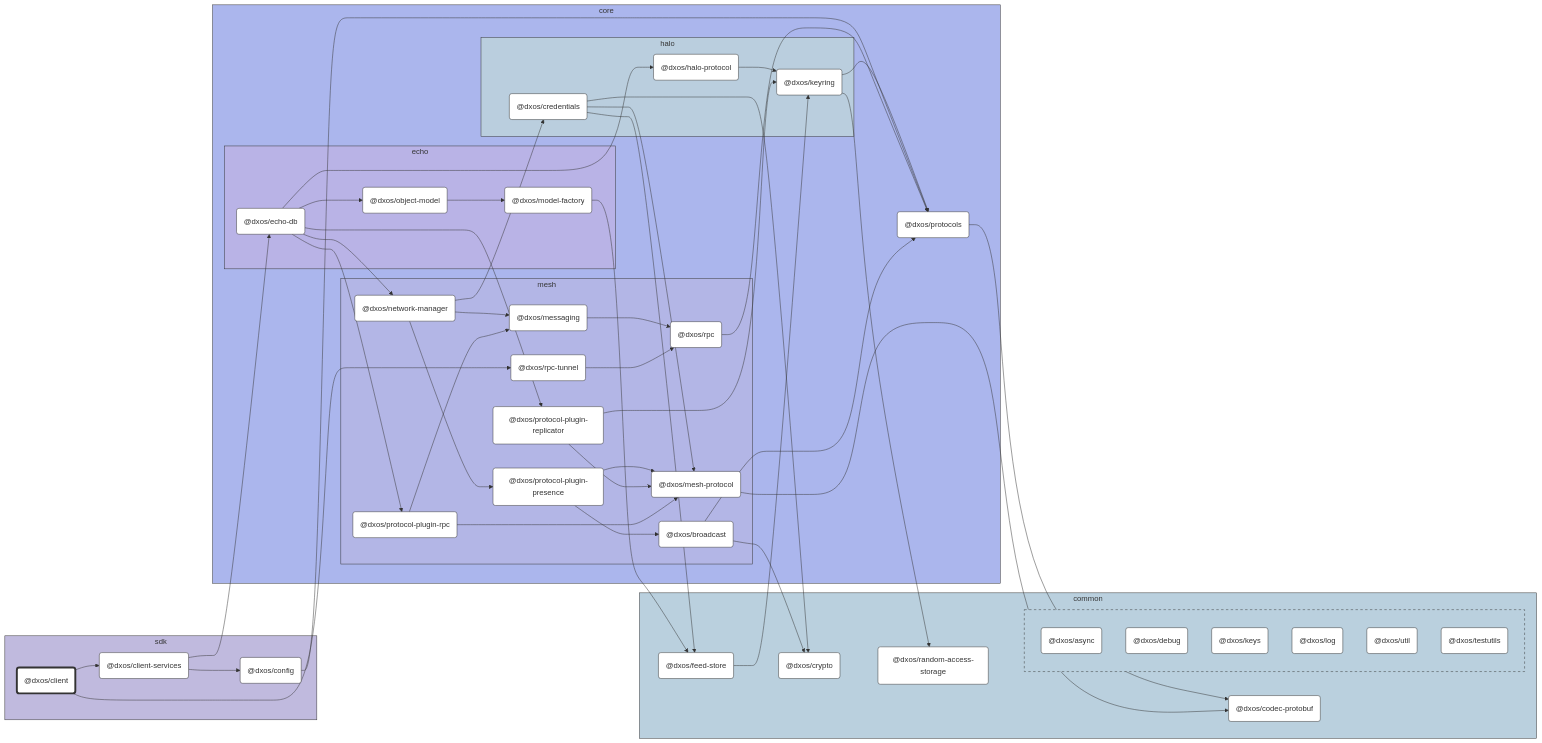
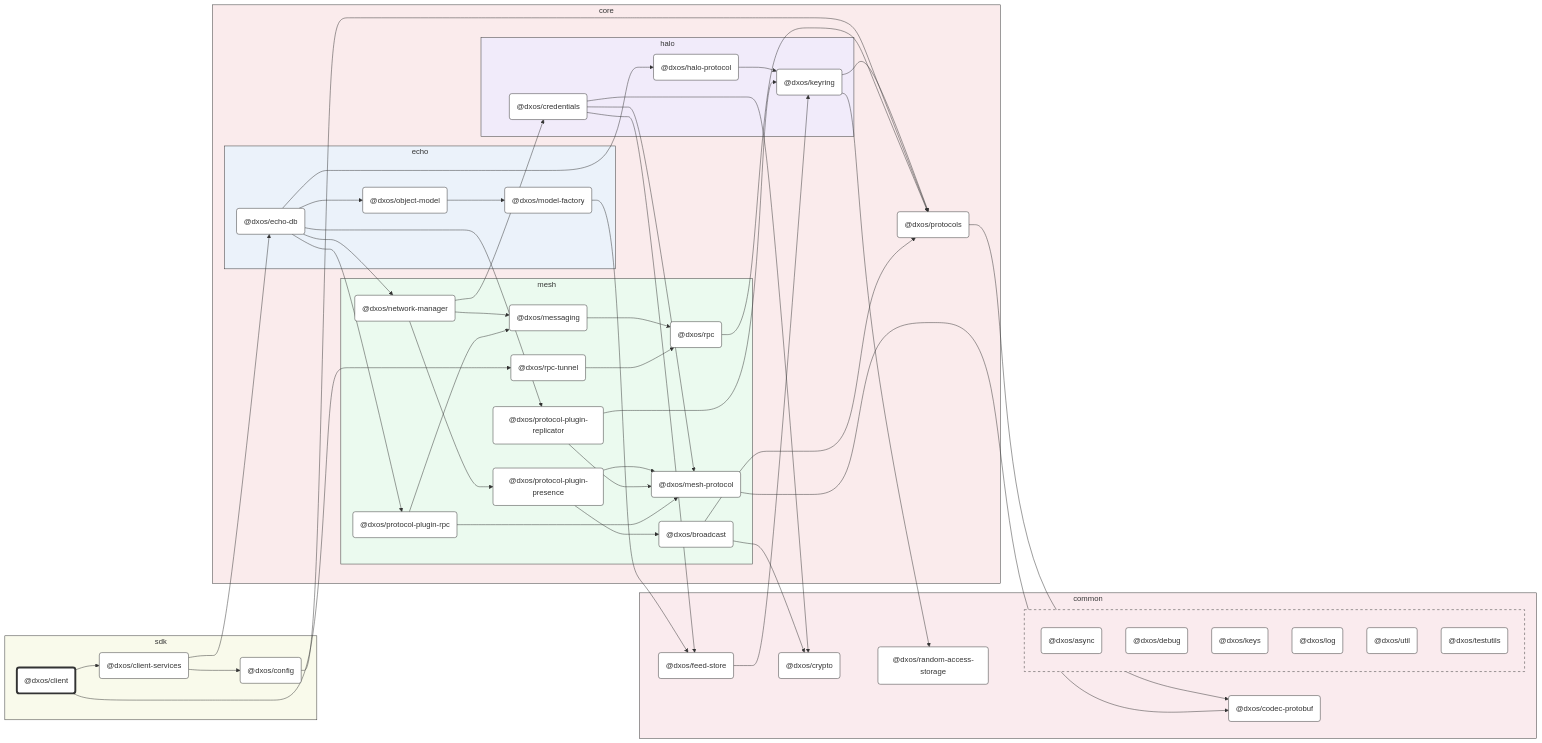
One commit to dxos/dxos changed the diagram in packages/sdk/client/docs/README.md. Above: the diagram before and after it, drawn with Mermaid. The commit also changed 1 other file, not shown here.

```diff
--- a/packages/sdk/client/docs/README.md
+++ b/packages/sdk/client/docs/README.md
@@ -16,7 +16,7 @@
 %% Nodes
 
 subgraph sdk [sdk]
-  style sdk fill:#c0bade,stroke:#333
+  style sdk fill:#f9faeb,stroke:#333
   dxos/client("@dxos/client"):::root
   click dxos/client "dxos/dxos/tree/main/packages/sdk/client/docs"
   dxos/client-services("@dxos/client-services"):::def
@@ -26,7 +26,7 @@
 end
 
 subgraph common [common]
-  style common fill:#bad0de,stroke:#333
+  style common fill:#faebee,stroke:#333
   dxos/codec-protobuf("@dxos/codec-protobuf"):::def
   click dxos/codec-protobuf "dxos/dxos/tree/main/packages/common/codec-protobuf/docs"
   dxos/crypto("@dxos/crypto"):::def
@@ -37,7 +37,7 @@
   click dxos/random-access-storage "dxos/dxos/tree/main/packages/common/random-access-storage/docs"
 
   subgraph _ [ ]
-    style _ fill:#bad0de,stroke:#333,stroke-dasharray:5 5
+    style _ fill:#faebee,stroke:#333,stroke-dasharray:5 5
     dxos/async("@dxos/async"):::def
     click dxos/async "dxos/dxos/tree/main/packages/common/async/docs"
     dxos/debug("@dxos/debug"):::def
@@ -54,12 +54,12 @@
 end
 
 subgraph core [core]
-  style core fill:#abb6ed,stroke:#333
+  style core fill:#faebec,stroke:#333
   dxos/protocols("@dxos/protocols"):::def
   click dxos/protocols "dxos/dxos/tree/main/packages/core/protocols/docs"
 
   subgraph halo [halo]
-    style halo fill:#bacede,stroke:#333
+    style halo fill:#f1ebfa,stroke:#333
     dxos/credentials("@dxos/credentials"):::def
     click dxos/credentials "dxos/dxos/tree/main/packages/core/halo/credentials/docs"
     dxos/keyring("@dxos/keyring"):::def
@@ -69,7 +69,7 @@
   end
 
   subgraph mesh [mesh]
-    style mesh fill:#b3b6e6,stroke:#333
+    style mesh fill:#ebfaef,stroke:#333
     dxos/mesh-protocol("@dxos/mesh-protocol"):::def
     click dxos/mesh-protocol "dxos/dxos/tree/main/packages/core/mesh/mesh-protocol/docs"
     dxos/messaging("@dxos/messaging"):::def
@@ -91,7 +91,7 @@
   end
 
   subgraph echo [echo]
-    style echo fill:#b9b3e6,stroke:#333
+    style echo fill:#ebf2fa,stroke:#333
     dxos/echo-db("@dxos/echo-db"):::def
     click dxos/echo-db "dxos/dxos/tree/main/packages/core/echo/echo-db/docs"
     dxos/model-factory("@dxos/model-factory"):::def
```
